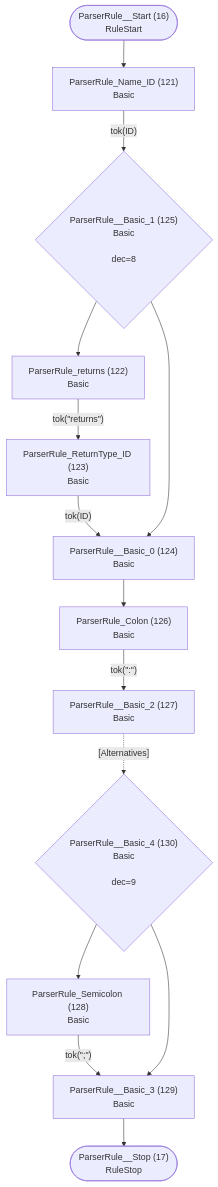
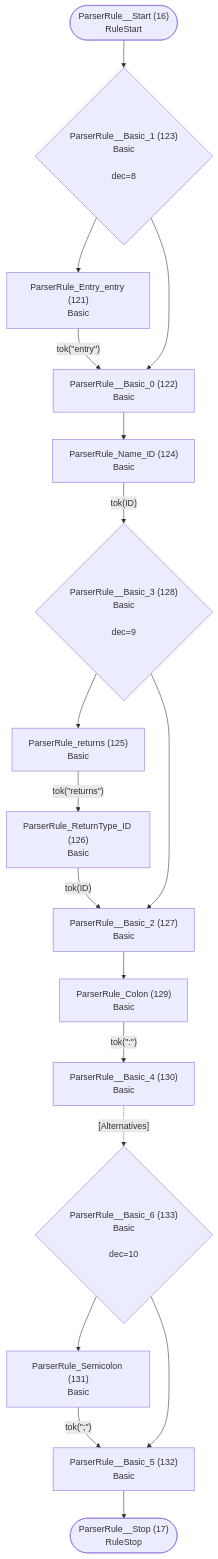
One commit to TypeFox/fastbelt changed the ninth of 26 diagrams in internal/grammar/atn.md. Above: the diagram before and after it, drawn with Mermaid. The commit also changed other lines of this file and 16 other files, not shown here.

````diff
--- a/internal/grammar/atn.md
+++ b/internal/grammar/atn.md
@@ -237,29 +237,36 @@
 ```mermaid
 flowchart TD
     q16(["ParserRule__Start (16)<br/>RuleStart"])
     q17(["ParserRule__Stop (17)<br/>RuleStop"])
-    q121["ParserRule_Name_ID (121)<br/>Basic<br/>"]
-    q122["ParserRule_returns (122)<br/>Basic<br/>"]
-    q123["ParserRule_ReturnType_ID (123)<br/>Basic<br/>"]
-    q124["ParserRule__Basic_0 (124)<br/>Basic<br/>"]
-    q125{"ParserRule__Basic_1 (125)<br/>Basic<br/><br/>dec=8"}
-    q126["ParserRule_Colon (126)<br/>Basic<br/>"]
+    q121["ParserRule_Entry_entry (121)<br/>Basic<br/>"]
+    q122["ParserRule__Basic_0 (122)<br/>Basic<br/>"]
+    q123{"ParserRule__Basic_1 (123)<br/>Basic<br/><br/>dec=8"}
+    q124["ParserRule_Name_ID (124)<br/>Basic<br/>"]
+    q125["ParserRule_returns (125)<br/>Basic<br/>"]
+    q126["ParserRule_ReturnType_ID (126)<br/>Basic<br/>"]
     q127["ParserRule__Basic_2 (127)<br/>Basic<br/>"]
-    q128["ParserRule_Semicolon (128)<br/>Basic<br/>"]
-    q129["ParserRule__Basic_3 (129)<br/>Basic<br/>"]
-    q130{"ParserRule__Basic_4 (130)<br/>Basic<br/><br/>dec=9"}
+    q128{"ParserRule__Basic_3 (128)<br/>Basic<br/><br/>dec=9"}
+    q129["ParserRule_Colon (129)<br/>Basic<br/>"]
+    q130["ParserRule__Basic_4 (130)<br/>Basic<br/>"]
+    q131["ParserRule_Semicolon (131)<br/>Basic<br/>"]
+    q132["ParserRule__Basic_5 (132)<br/>Basic<br/>"]
+    q133{"ParserRule__Basic_6 (133)<br/>Basic<br/><br/>dec=10"}
 
-    q16 --> q121
-    q121 -->|"tok(ID)"| q125
-    q122 -->|"tok(&quot;returns&quot;)"| q123
-    q123 -->|"tok(ID)"| q124
-    q124 --> q126
-    q125 --> q122
-    q125 --> q124
-    q126 -->|"tok(&quot;:&quot;)"| q127
-    q127 -.->|"[Alternatives]"| q130
-    q128 -->|"tok(&quot;;&quot;)"| q129
-    q129 --> q17
-    q130 --> q128
-    q130 --> q129
+    q16 --> q123
+    q121 -->|"tok(&quot;entry&quot;)"| q122
+    q122 --> q124
+    q123 --> q121
+    q123 --> q122
+    q124 -->|"tok(ID)"| q128
+    q125 -->|"tok(&quot;returns&quot;)"| q126
+    q126 -->|"tok(ID)"| q127
+    q127 --> q129
+    q128 --> q125
+    q128 --> q127
+    q129 -->|"tok(&quot;:&quot;)"| q130
+    q130 -.->|"[Alternatives]"| q133
+    q131 -->|"tok(&quot;;&quot;)"| q132
+    q132 --> q17
+    q133 --> q131
+    q133 --> q132
 ```
````
